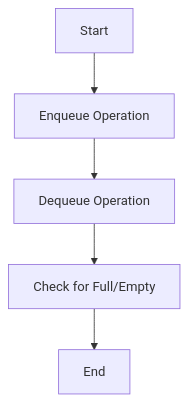
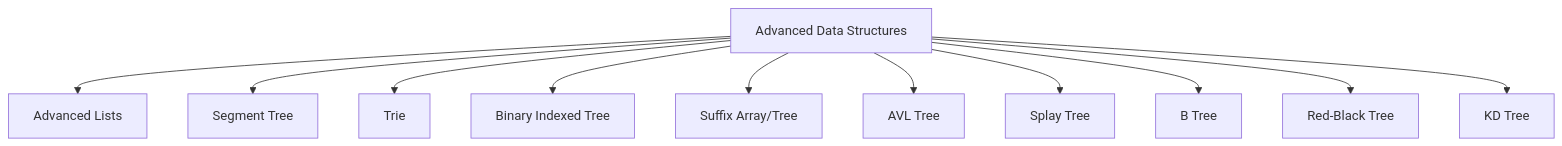
One commit to SHYAM-001/DataStructures changed diagram 11 of 11 in README.md. Above: the diagram before and after it, drawn with Mermaid. The commit also changed other lines of this file, not shown here.

````diff
--- a/README.md
+++ b/README.md
@@ -319,7 +579,13 @@
 ```mermaid
-graph TD;
-    A[Start] --> B[Enqueue Operation]
-    B --> C[Dequeue Operation]
-    C --> D[Check for Full/Empty]
-    D --> E[End]
+graph TD
+    A[Advanced Data Structures] --> B[Advanced Lists]
+    A --> C[Segment Tree]
+    A --> D[Trie]
+    A --> E[Binary Indexed Tree]
+    A --> F[Suffix Array/Tree]
+    A --> G[AVL Tree]
+    A --> H[Splay Tree]
+    A --> I[B Tree]
+    A --> J[Red-Black Tree]
+    A --> K[KD Tree]
 ```
````
